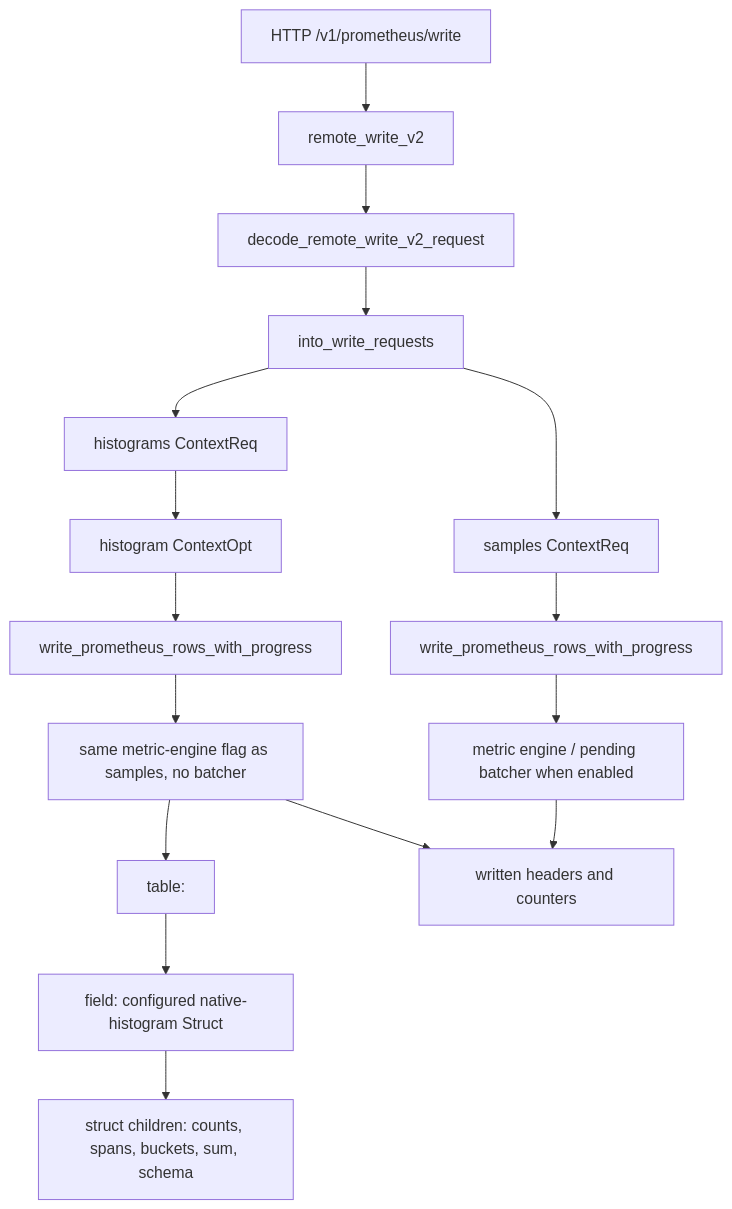
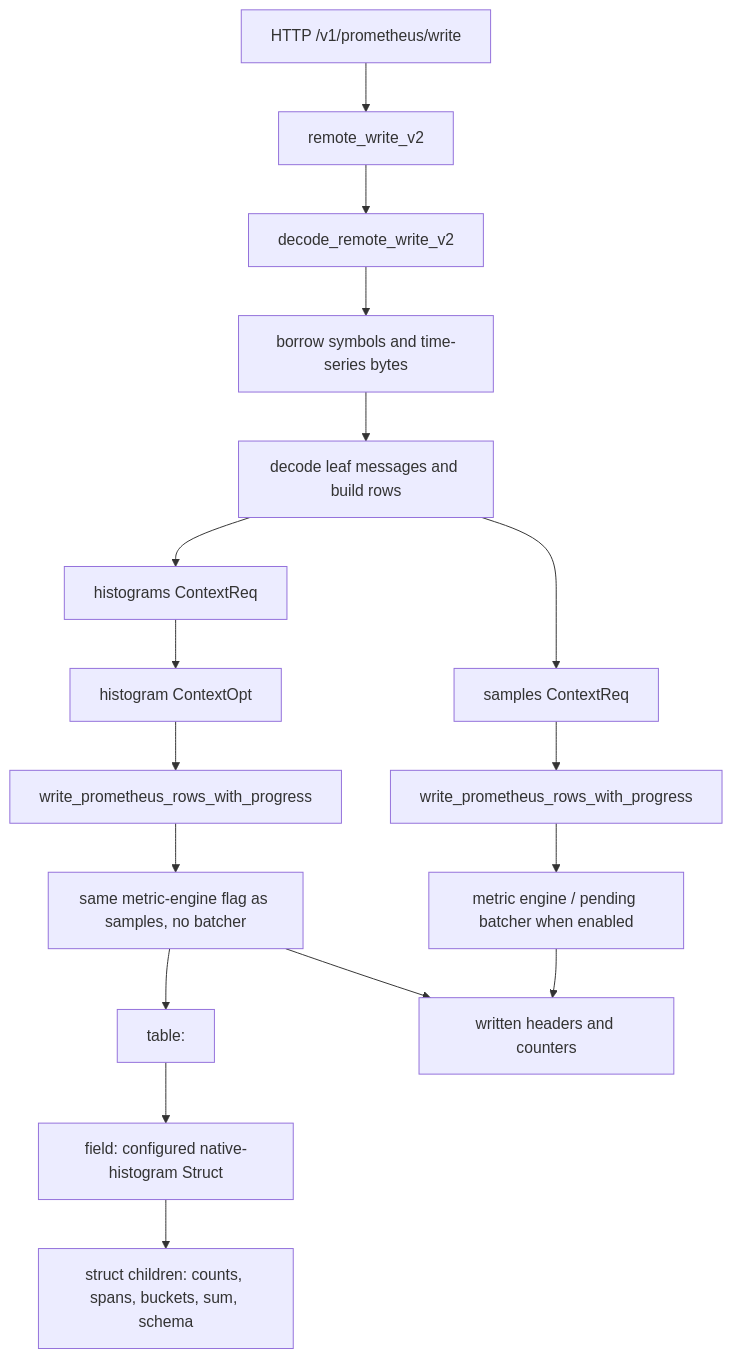
Before and after one commit to GreptimeTeam/greptimedb: the diagram in src/servers/src/prom_remote_write/README.md, drawn with Mermaid. The commit also changed other lines of this file and 5 other files, not shown here.

````diff
--- a/src/servers/src/prom_remote_write/README.md
+++ b/src/servers/src/prom_remote_write/README.md
@@ -11,22 +11,23 @@
 ```mermaid
 flowchart TD
     A["HTTP /v1/prometheus/write"] --> B["remote_write_v2"]
-    B --> C["decode_remote_write_v2_request"]
-    C --> D["into_write_requests"]
+    B --> C["decode_remote_write_v2"]
+    C --> D["borrow symbols and time-series bytes"]
+    D --> E["decode leaf messages and build rows"]
 
-    D --> E["samples ContextReq"]
-    D --> F["histograms ContextReq"]
+    E --> F["samples ContextReq"]
+    E --> G["histograms ContextReq"]
 
-    E --> G["write_prometheus_rows_with_progress"]
-    G --> H["metric engine / pending batcher when enabled"]
+    F --> H["write_prometheus_rows_with_progress"]
+    H --> I["metric engine / pending batcher when enabled"]
 
-    F --> I["histogram ContextOpt"]
-    I --> J["write_prometheus_rows_with_progress"]
-    J --> K["same metric-engine flag as samples, no batcher"]
-    K --> L["table: <metric>"]
+    G --> J["histogram ContextOpt"]
+    J --> K["write_prometheus_rows_with_progress"]
+    K --> L["same metric-engine flag as samples, no batcher"]
+    L --> M["table: <metric>"]
 
-    L --> M["field: configured native-histogram Struct"]
-    M --> N["struct children: counts, spans, buckets, sum, schema"]
-    H --> P["written headers and counters"]
-    K --> P
+    M --> N["field: configured native-histogram Struct"]
+    N --> O["struct children: counts, spans, buckets, sum, schema"]
+    I --> P["written headers and counters"]
+    L --> P
 ```
````
